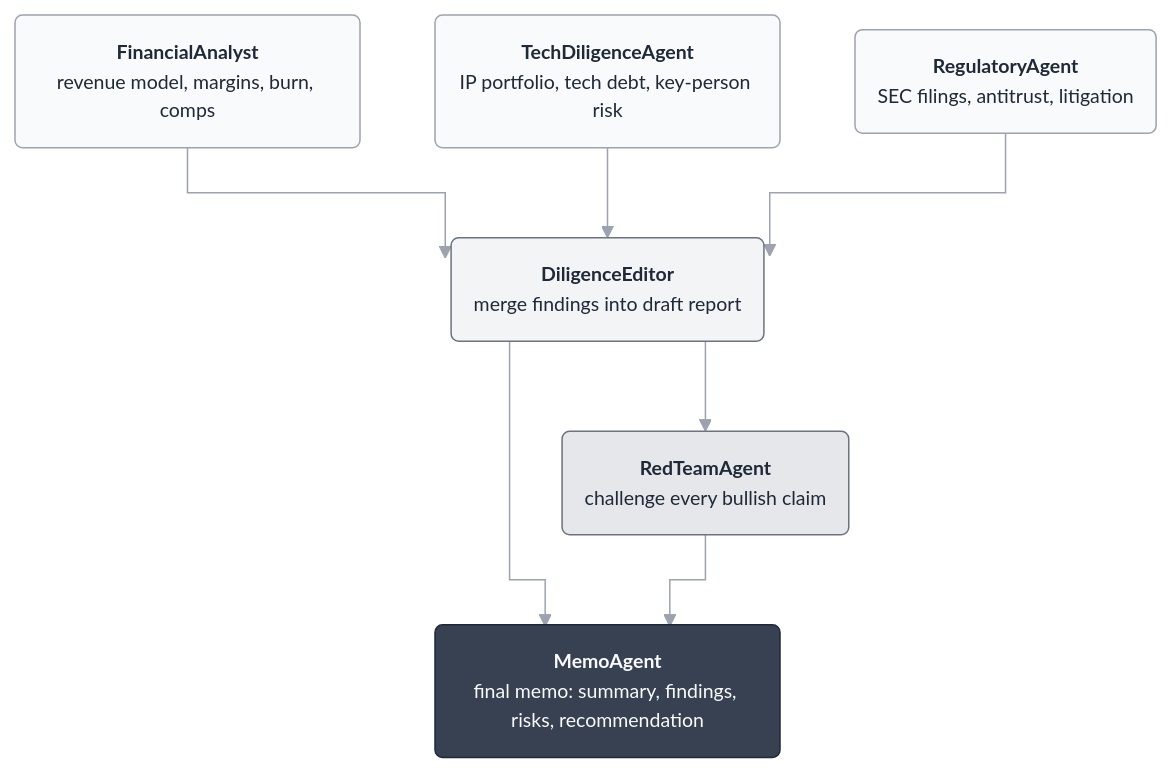
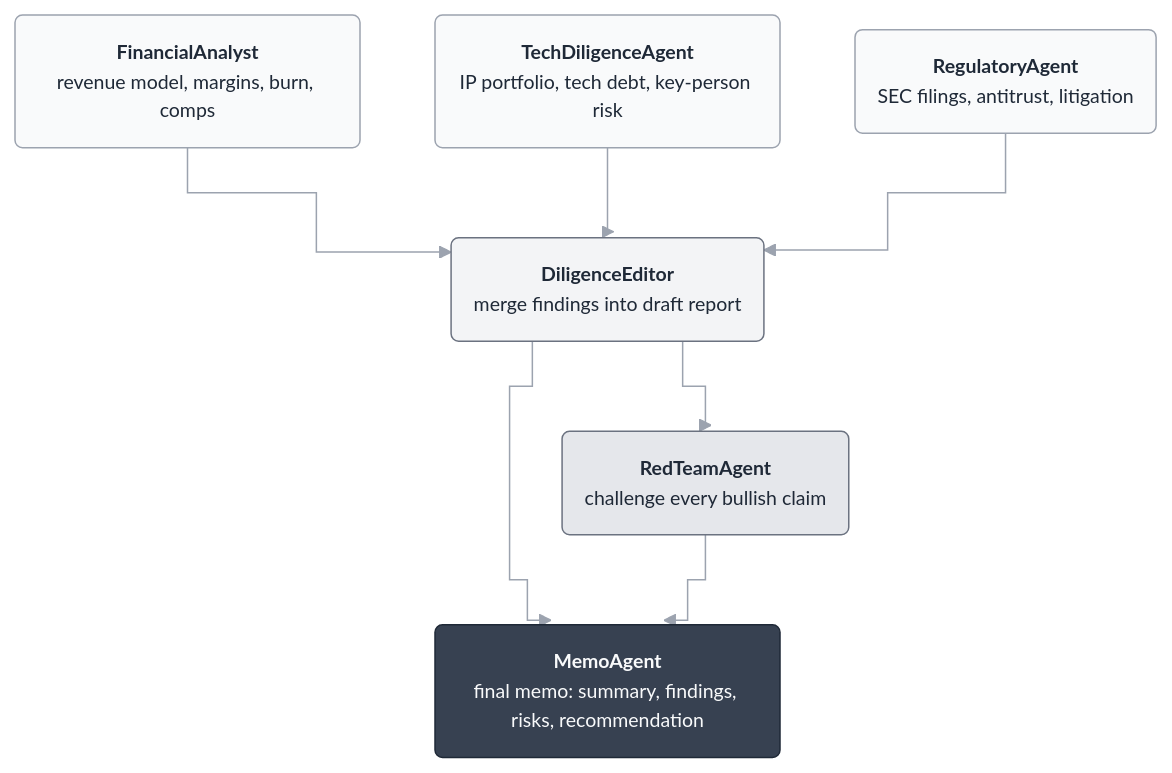
Before and after one commit to petehottelet/smythe: the diagram in README.md, drawn with Mermaid. The commit also changed 1 other file, not shown here.

Commit message:
Use the step curve GitHub's Mermaid supports

````diff
--- a/README.md
+++ b/README.md
@@ -69,25 +69,25 @@
 ```mermaid
-%%{init: {"theme":"base","themeVariables":{"fontFamily":"Roboto Mono, monospace","fontSize":"13px","primaryColor":"#f9fafb","primaryTextColor":"#1f2937","primaryBorderColor":"#9ca3af","lineColor":"#9ca3af"},"flowchart":{"curve":"stepAfter","nodeSpacing":50,"rankSpacing":60}}}%%
+%%{init: {"theme":"base","themeVariables":{"fontFamily":"Roboto Mono, monospace","fontSize":"13px","primaryColor":"#f9fafb","primaryTextColor":"#1f2937","primaryBorderColor":"#9ca3af","lineColor":"#9ca3af"},"flowchart":{"curve":"step","nodeSpacing":50,"rankSpacing":60}}}%%
 flowchart TD
     financial("<b>FinancialAnalyst</b><br/>revenue model, margins, burn, comps")
     technical("<b>TechDiligenceAgent</b><br/>IP portfolio, tech debt, key-person risk")
     regulatory("<b>RegulatoryAgent</b><br/>SEC filings, antitrust, litigation")
     draft("<b>DiligenceEditor</b><br/>merge findings into draft report")
     redteam("<b>RedTeamAgent</b><br/>challenge every bullish claim")
     memo("<b>MemoAgent</b><br/>final memo: summary, findings, risks, recommendation")
     financial --> draft
     technical --> draft
     regulatory --> draft
     draft --> redteam
     draft --> memo
     redteam --> memo
     classDef specialist fill:#f9fafb,stroke:#9ca3af,stroke-width:1px,color:#1f2937
     classDef editor fill:#f3f4f6,stroke:#6b7280,stroke-width:1px,color:#1f2937
     classDef adversarial fill:#e5e7eb,stroke:#6b7280,stroke-width:1px,color:#1f2937
     classDef deliverable fill:#374151,stroke:#1f2937,stroke-width:1px,color:#f9fafb
     class financial,technical,regulatory specialist
     class draft editor
     class redteam adversarial
     class memo deliverable
     linkStyle default stroke:#9ca3af,stroke-width:1px
 ```
````
